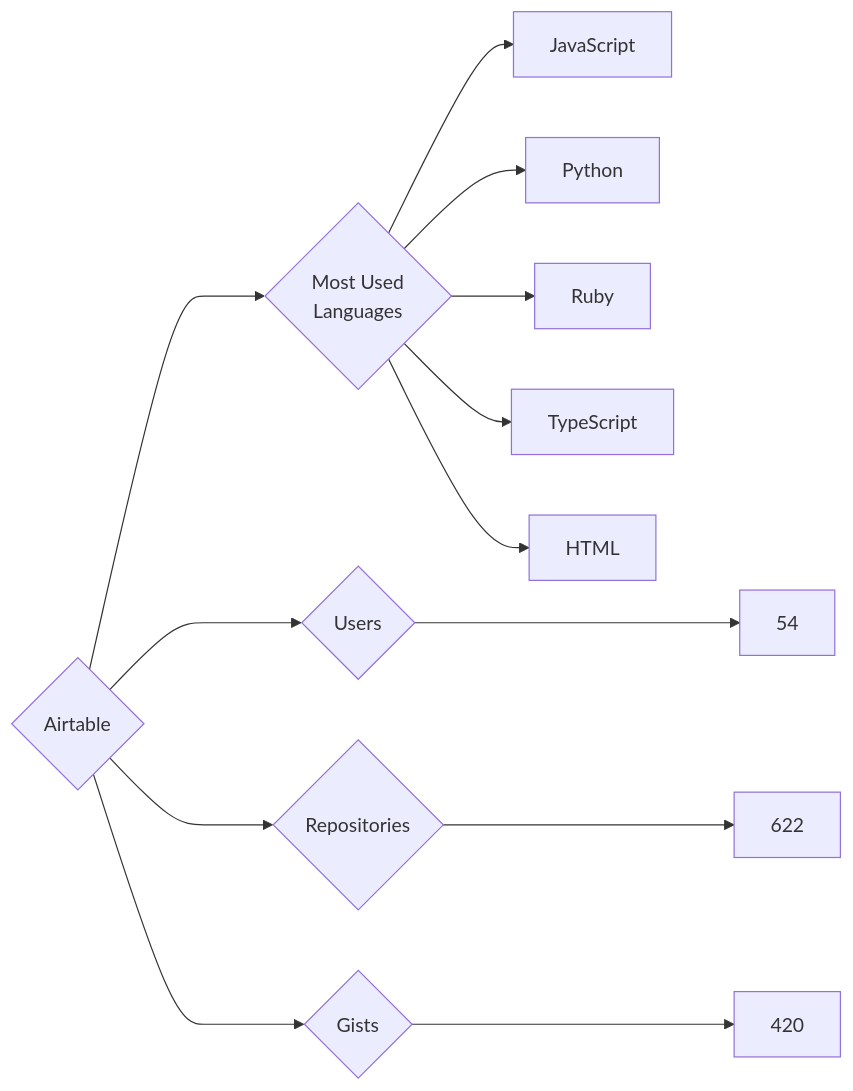
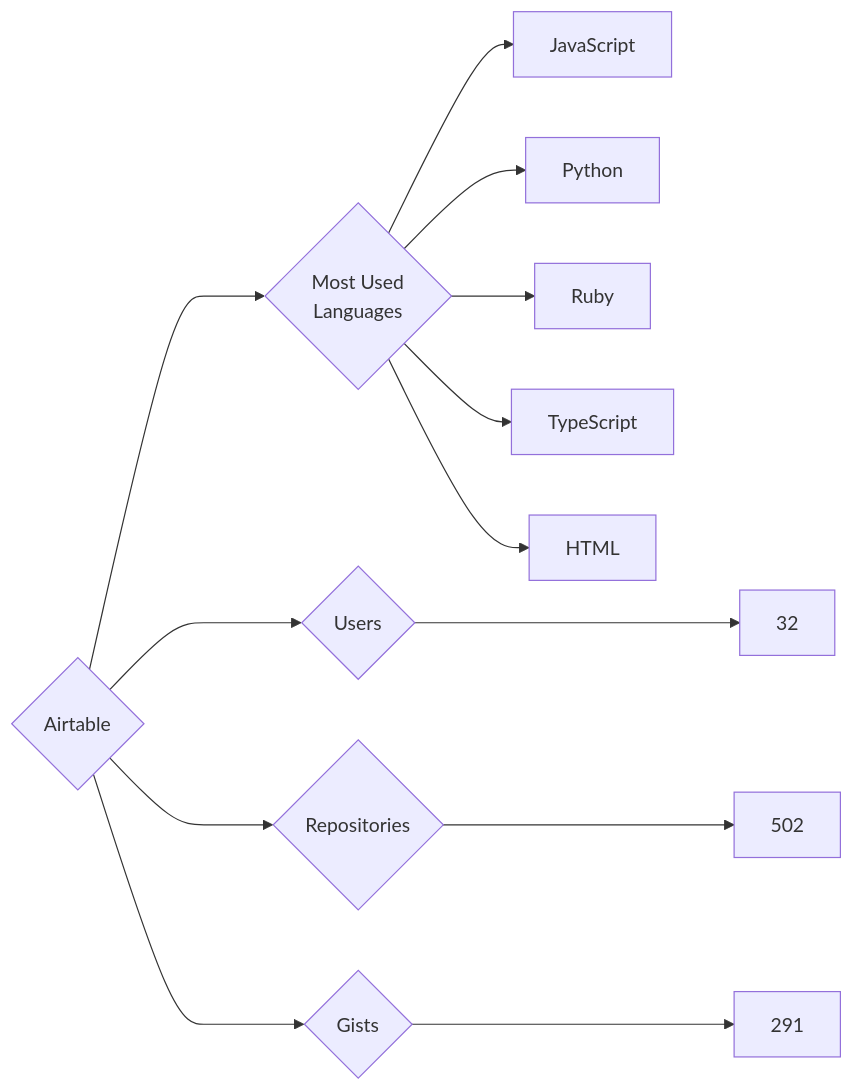
One commit to trickest/insiders changed the diagram in targets/Airtable/README.md. Above: the diagram before and after it, drawn with Mermaid. The commit also changed 569 other files, not shown here.

````diff
--- a/targets/Airtable/README.md
+++ b/targets/Airtable/README.md
@@ -3,13 +3,13 @@
 ```mermaid
 graph LR
 COMPANY_NAME{Airtable}
-COMPANY_NAME ---> U{Users} ---> UN[54]
-COMPANY_NAME ---> R{Repositories} ---> RN[622]
-COMPANY_NAME ---> G{Gists} ---> GN[420]
+COMPANY_NAME ---> U{Users} ---> UN[32]
+COMPANY_NAME ---> R{Repositories} ---> RN[502]
+COMPANY_NAME ---> G{Gists} ---> GN[291]
 COMPANY_NAME ---> ML{Most Used<br>Languages}
 ML --> JavaScript[JavaScript]
 ML --> Python[Python]
 ML --> Ruby[Ruby]
 ML --> TypeScript[TypeScript]
 ML --> HTML[HTML]
 ```
````
